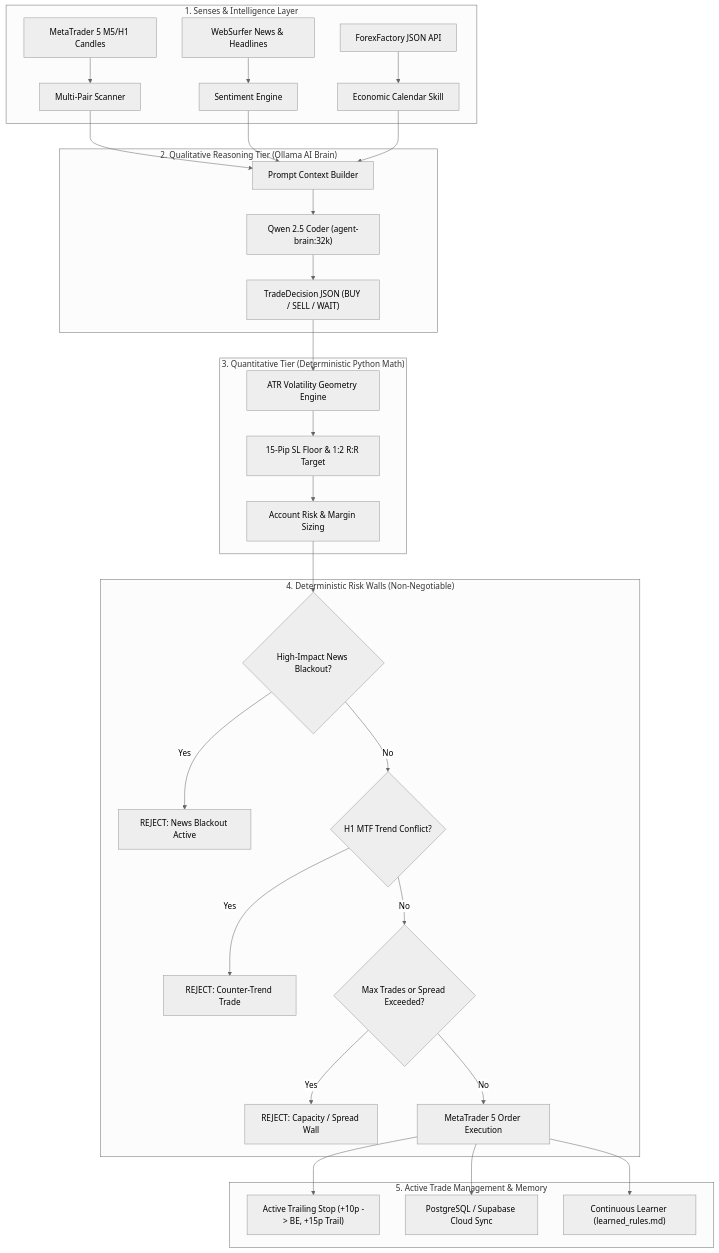
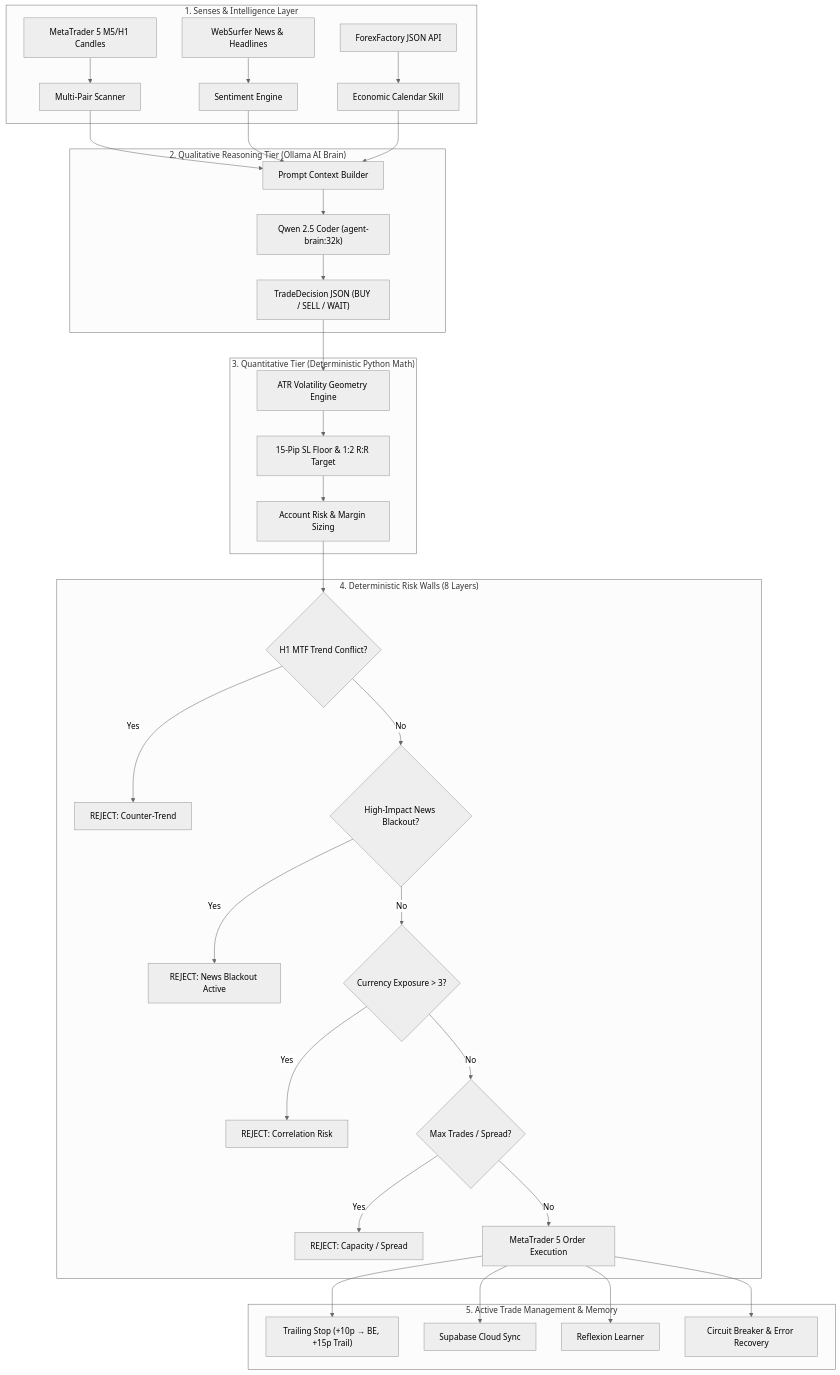
One commit to syarief02/bubat-ai changed the first of 2 diagrams in README.md. Above: the diagram before and after it, drawn with Mermaid (neutral theme). The commit also changed other lines of this file, not shown here.

Commit message:
docs: comprehensive README rewrite with 8 risk walls, correlation filter, circuit breaker, self-evolution architecture

````diff
--- a/README.md
+++ b/README.md
@@ -39,36 +46,39 @@
 ```mermaid
 flowchart TD
     subgraph Senses ["1. Senses & Intelligence Layer"]
         A1["MetaTrader 5 M5/H1 Candles"] --> B1["Multi-Pair Scanner"]
         A2["WebSurfer News & Headlines"] --> B2["Sentiment Engine"]
         A3["ForexFactory JSON API"] --> B3["Economic Calendar Skill"]
     end
 
     subgraph Reasoning ["2. Qualitative Reasoning Tier (Ollama AI Brain)"]
         B1 & B2 & B3 --> C1["Prompt Context Builder"]
         C1 --> C2["Qwen 2.5 Coder (agent-brain:32k)"]
         C2 --> C3["TradeDecision JSON (BUY / SELL / WAIT)"]
     end
 
     subgraph Execution ["3. Quantitative Tier (Deterministic Python Math)"]
         C3 --> D1["ATR Volatility Geometry Engine"]
         D1 --> D2["15-Pip SL Floor & 1:2 R:R Target"]
         D2 --> D3["Account Risk & Margin Sizing"]
     end
 
-    subgraph RiskWalls ["4. Deterministic Risk Walls (Non-Negotiable)"]
-        D3 --> E1{"High-Impact News Blackout?"}
+    subgraph RiskWalls ["4. Deterministic Risk Walls (8 Layers)"]
+        D3 --> E0{"H1 MTF Trend Conflict?"}
+        E0 -- Yes --> R0["REJECT: Counter-Trend"]
+        E0 -- No --> E1{"High-Impact News Blackout?"}
         E1 -- Yes --> R1["REJECT: News Blackout Active"]
-        E1 -- No --> E2{"H1 MTF Trend Conflict?"}
-        E2 -- Yes --> R2["REJECT: Counter-Trend Trade"]
-        E2 -- No --> E3{"Max Trades or Spread Exceeded?"}
-        E3 -- Yes --> R3["REJECT: Capacity / Spread Wall"]
+        E1 -- No --> E4{"Currency Exposure > 3?"}
+        E4 -- Yes --> R4["REJECT: Correlation Risk"]
+        E4 -- No --> E3{"Max Trades / Spread?"}
+        E3 -- Yes --> R3["REJECT: Capacity / Spread"]
         E3 -- No --> F1["MetaTrader 5 Order Execution"]
     end
 
     subgraph Monitoring ["5. Active Trade Management & Memory"]
-        F1 --> G1["Active Trailing Stop (+10p -> BE, +15p Trail)"]
-        F1 --> G2["PostgreSQL / Supabase Cloud Sync"]
-        F1 --> G3["Continuous Learner (learned_rules.md)"]
+        F1 --> G1["Trailing Stop (+10p → BE, +15p Trail)"]
+        F1 --> G2["Supabase Cloud Sync"]
+        F1 --> G3["Reflexion Learner"]
+        F1 --> G4["Circuit Breaker & Error Recovery"]
     end
 ```
````
